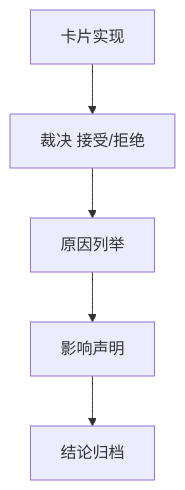
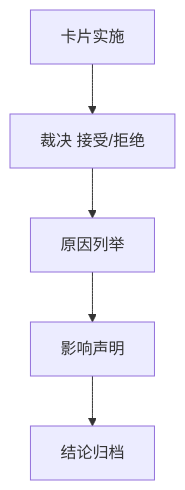
One commit to everything-is-simple/lifespan-0.01 changed the diagram in docs/03-execution/37-system-governance-historical-debt-backlog-burndown-conclusion-20260412.md. Above: the diagram before and after it, drawn with Mermaid. The commit also changed other lines of this file and 29 other files, not shown here.

````diff
--- a/docs/03-execution/37-system-governance-historical-debt-backlog-burndown-conclusion-20260412.md
+++ b/docs/03-execution/37-system-governance-historical-debt-backlog-burndown-conclusion-20260412.md
@@ -27,7 +30,7 @@
 ```mermaid
 flowchart TD
-    A[卡片实现] --> B[裁决 接受/拒绝]
-    B --> C[原因列举]
-    C --> D[影响声明]
-    D --> E[结论归档]
+    A["卡片实施"] --> B["裁决 接受/拒绝"]
+    B --> C["原因列举"]
+    C --> D["影响声明"]
+    D --> E["结论归档"]
 ```
````
